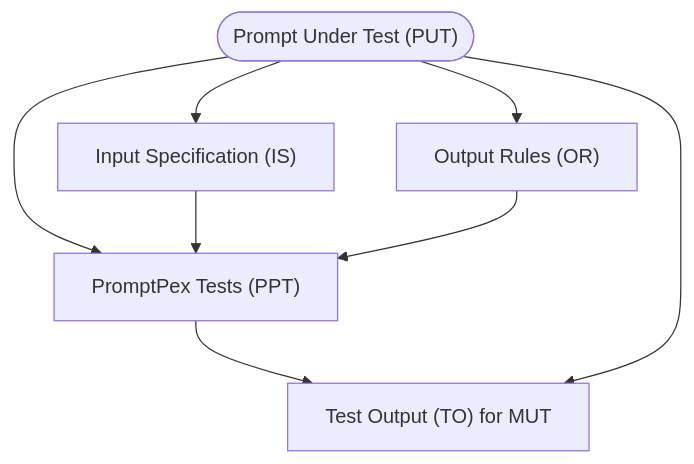
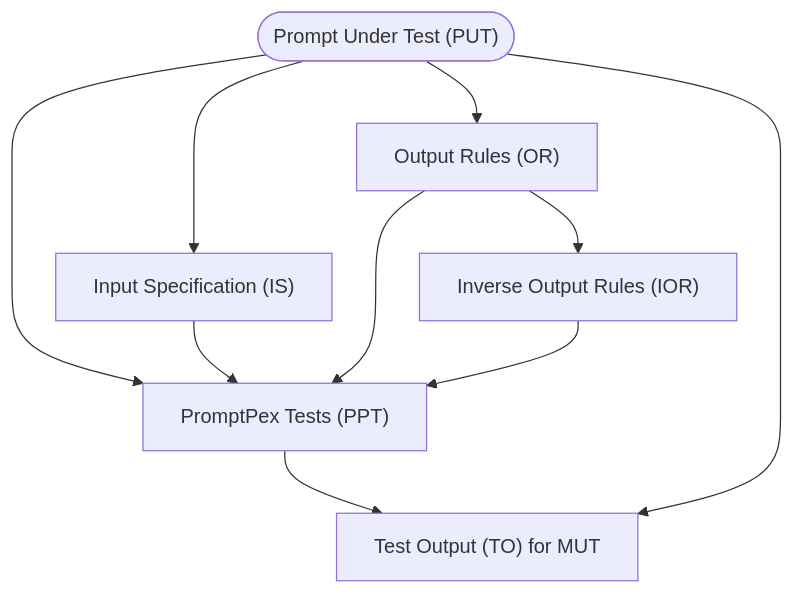
One commit to sihyun-ahn/CS453-KGA changed the first of 2 diagrams in README.md. Above: the diagram before and after it, drawn with Mermaid. The commit also changed other lines of this file and 2 other files, not shown here.

````diff
--- a/README.md
+++ b/README.md
@@ -48,19 +49,22 @@
 ```mermaid
 graph TD
     PUT(["Prompt Under Test (PUT)"])
     IS["Input Specification (IS)"]
     OR["Output Rules (OR)"]
+    IOR["Inverse Output Rules (IOR)"]
     PPT["PromptPex Tests (PPT)"]
     TO["Test Output (TO) for MUT"]
 
     PUT --> IS
 
     PUT --> OR
+    OR --> IOR
 
     PUT --> PPT
     IS --> PPT
     OR --> PPT
+    IOR --> PPT
 
     PPT --> TO
     PUT --> TO
 ```
````
